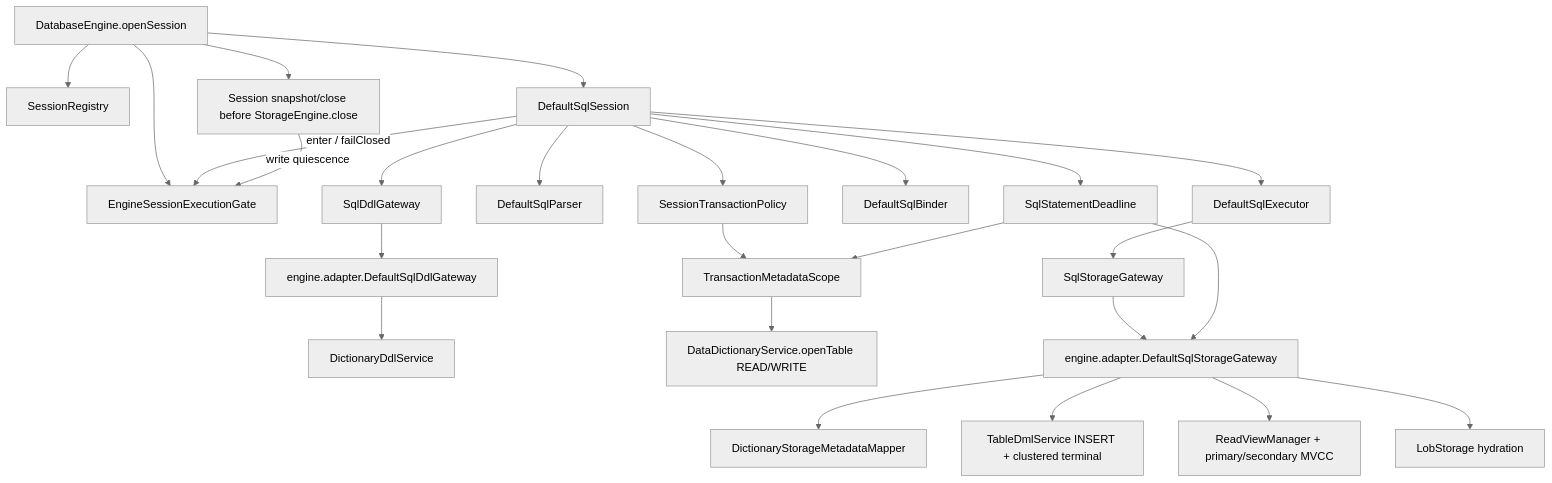
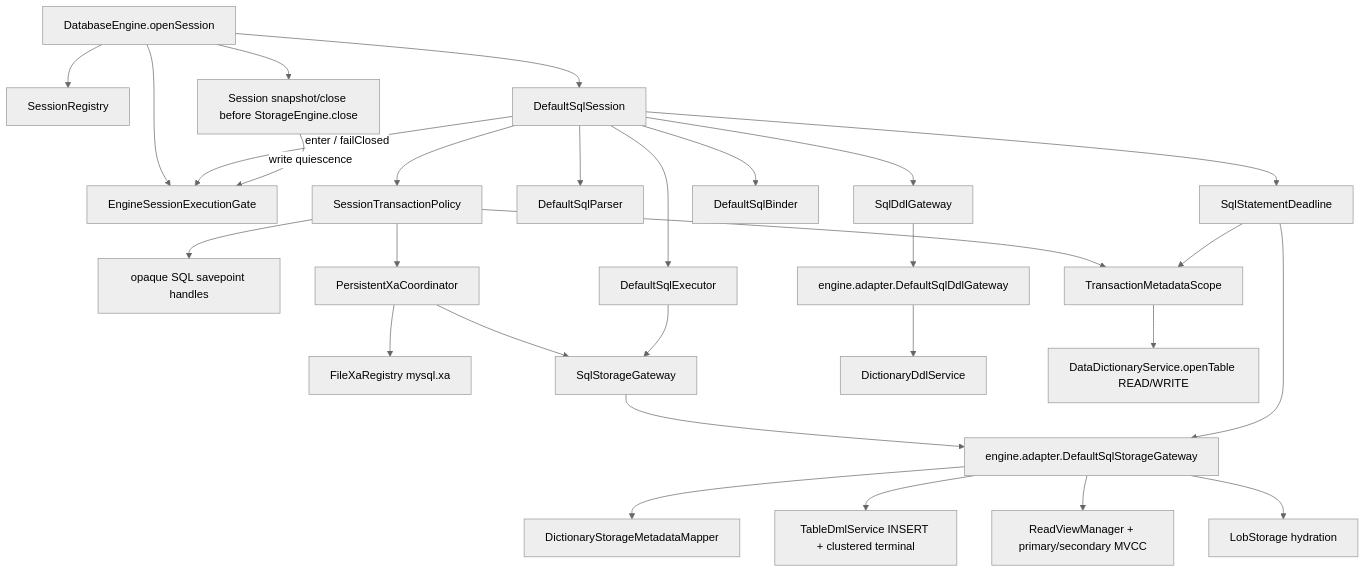
Diagram 11 of 11 in docs/design/current-implementation-map.md (mywnlb/dbtest), drawn with Mermaid (neutral theme) before and after one commit. The commit also changed other lines of this file and 116 other files, not shown here.

````diff
--- a/docs/design/current-implementation-map.md
+++ b/docs/design/current-implementation-map.md
@@ -719,27 +725,31 @@
 ```mermaid
 flowchart TD
   Engine["DatabaseEngine.openSession"] --> Registry["SessionRegistry"]
   Engine --> Session["DefaultSqlSession"]
   Engine --> Gate["EngineSessionExecutionGate"]
   Session -->|"enter / failClosed"| Gate
   Session --> Deadline["SqlStatementDeadline"]
   Session --> Parser["DefaultSqlParser"]
   Session --> Policy["SessionTransactionPolicy"]
+  Policy --> Savepoints["opaque SQL savepoint handles"]
+  Policy --> XaCoord["PersistentXaCoordinator"]
+  XaCoord --> XaRegistry["FileXaRegistry mysql.xa"]
+  XaCoord --> Port
   Session --> Binder["DefaultSqlBinder"]
   Session --> Executor["DefaultSqlExecutor"]
   Session --> DdlPort["SqlDdlGateway"]
   DdlPort --> DdlAdapter["engine.adapter.DefaultSqlDdlGateway"]
   DdlAdapter --> Ddl["DictionaryDdlService"]
   Policy --> Metadata["TransactionMetadataScope"]
   Deadline --> Metadata
   Metadata --> DD["DataDictionaryService.openTable READ/WRITE"]
   Executor --> Port["SqlStorageGateway"]
   Port --> Adapter["engine.adapter.DefaultSqlStorageGateway"]
   Deadline --> Adapter
   Adapter --> Mapper["DictionaryStorageMetadataMapper"]
   Adapter --> DML["TableDmlService INSERT + clustered terminal"]
   Adapter --> MVCC["ReadViewManager + primary/secondary MVCC"]
   Adapter --> LOB["LobStorage hydration"]
   Engine --> Close["Session snapshot/close before StorageEngine.close"]
   Close -->|"write quiescence"| Gate
 ```
````
